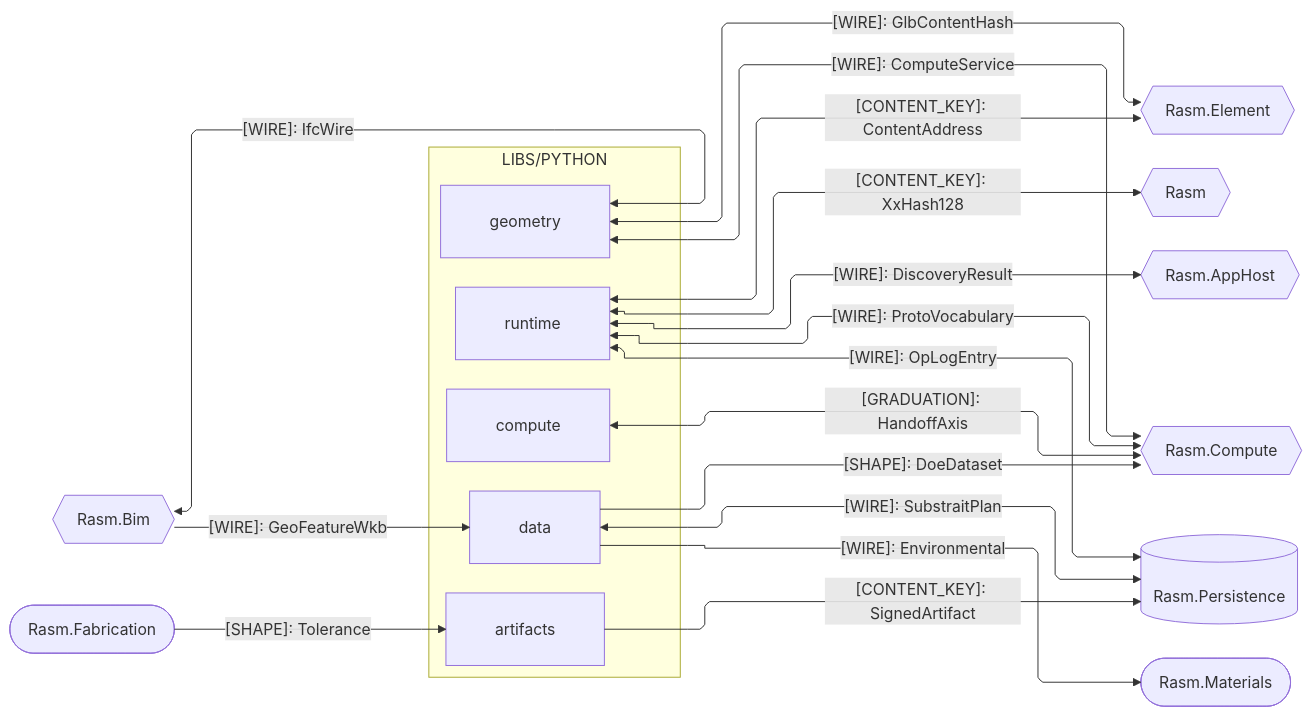
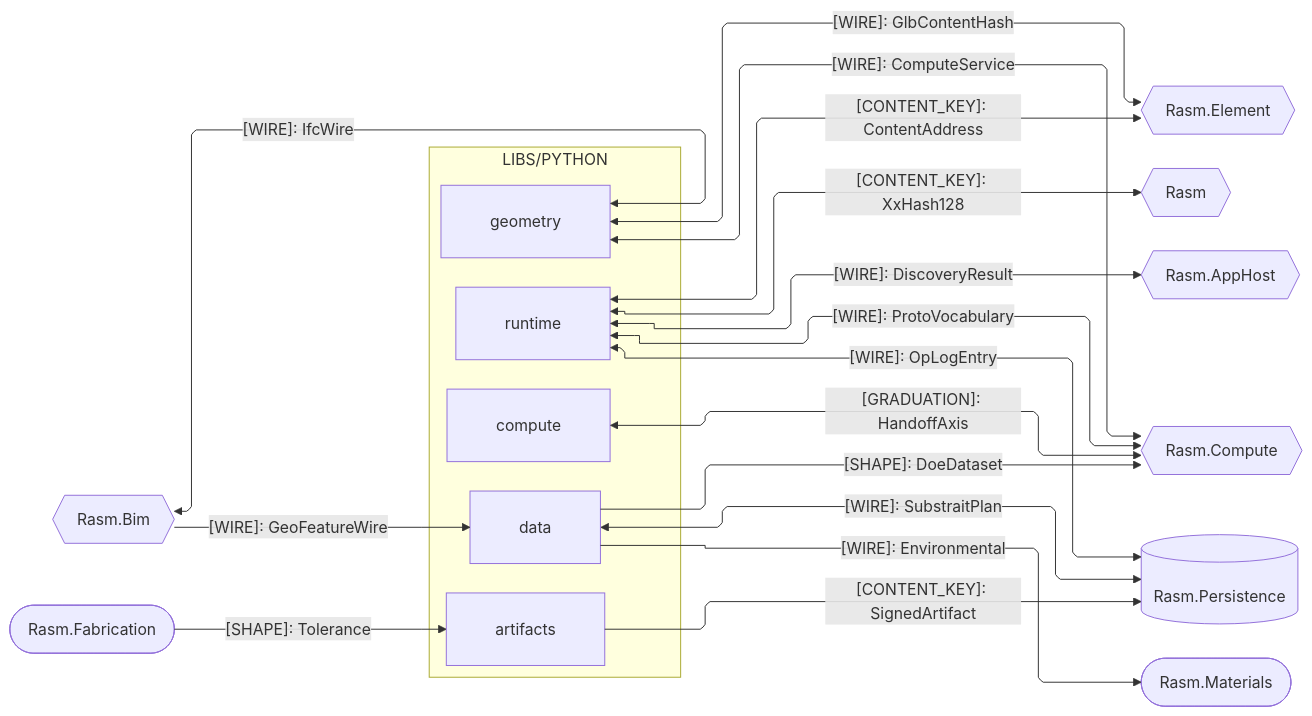
One commit to bsamiee/Rasm changed the second of 4 diagrams in libs/python/.planning/ARCHITECTURE.md. Above: the diagram before and after it, drawn with Mermaid. The commit also changed other lines of this file and 486 other files, not shown here.

````diff
--- a/libs/python/.planning/ARCHITECTURE.md
+++ b/libs/python/.planning/ARCHITECTURE.md
@@ -77,42 +77,42 @@
 ```mermaid
 ---
 config:
   layout: elk
   flowchart:
     curve: linear
     padding: 25
 ---
 flowchart LR
     accTitle: Python branch C# seam registry
     accDescr: Python packages exchanging kinded contract shapes with their C# counterparts; every edge carries kind plus shape.
     subgraph python[LIBS/PYTHON]
         Geometry[geometry]
         Runtime[runtime]
         Compute[compute]
         Data[data]
         Artifacts[artifacts]
     end
     Bim{{Rasm.Bim}}
     Element{{Rasm.Element}}
     Rasm{{Rasm}}
     AppHost{{Rasm.AppHost}}
     RasmCompute{{Rasm.Compute}}
     Persistence[(Rasm.Persistence)]
     Materials([Rasm.Materials])
     Fabrication([Rasm.Fabrication])
     Geometry e12@<-->|"[WIRE]: IfcWire"| Bim
     Geometry e13@<-->|"[WIRE]: GlbContentHash"| Element
     Geometry e11@<-->|"[WIRE]: ComputeService"| RasmCompute
     Runtime e5@<-->|"[CONTENT_KEY]: ContentAddress"| Element
     Runtime e1@<-->|"[CONTENT_KEY]: XxHash128"| Rasm
     Runtime e2@<-->|"[WIRE]: DiscoveryResult"| AppHost
     Runtime e4@<-->|"[WIRE]: ProtoVocabulary"| RasmCompute
     Runtime e3@<-->|"[WIRE]: OpLogEntry"| Persistence
     Compute e10@<-->|"[GRADUATION]: HandoffAxis"| RasmCompute
     Data e7@-->|"[SHAPE]: DoeDataset"| RasmCompute
     Data e6@<-->|"[WIRE]: SubstraitPlan"| Persistence
     Data e8@-->|"[WIRE]: Environmental"| Materials
-    Bim e9@-->|"[WIRE]: GeoFeatureWkb"| Data
+    Bim e9@-->|"[WIRE]: GeoFeatureWire"| Data
     Artifacts e14@-->|"[CONTENT_KEY]: SignedArtifact"| Persistence
     Fabrication e15@-->|"[SHAPE]: Tolerance"| Artifacts
 ```
````
